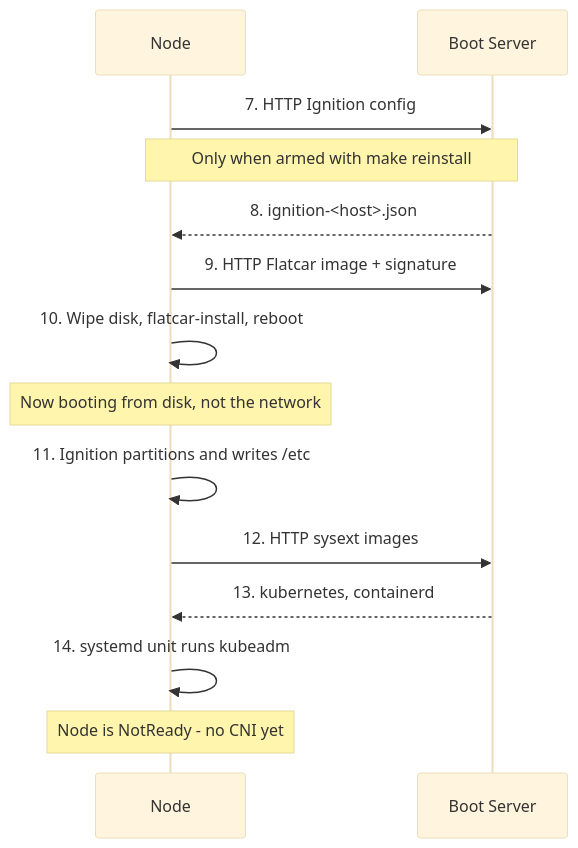
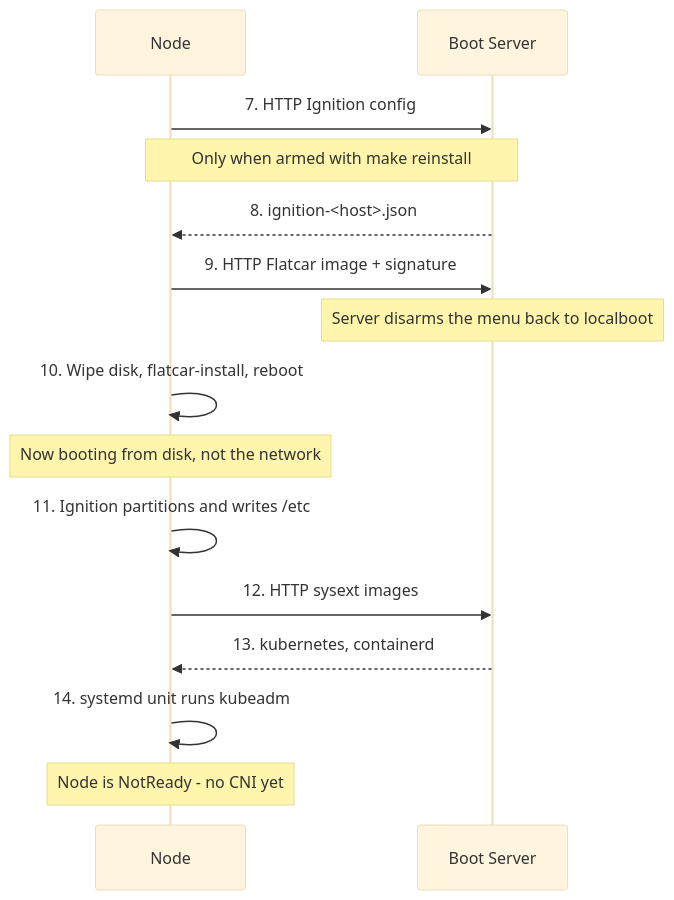
Before and after one commit to JanWelker/homelab: the second of 3 diagrams in docs/architecture/boot-process.md, drawn with Mermaid (base theme). The commit also changed other lines of this file and 4 other files, not shown here.

````diff
--- a/docs/architecture/boot-process.md
+++ b/docs/architecture/boot-process.md
@@ -60,17 +60,18 @@
 ```mermaid
 sequenceDiagram
     participant Node
     participant Server as Boot Server
 
     Node->>Server: 7. HTTP Ignition config
     Note over Node,Server: Only when armed with make reinstall
     Server-->>Node: 8. ignition-<host>.json
     Node->>Server: 9. HTTP Flatcar image + signature
+    Note over Server: Server disarms the menu back to localboot
     Node->>Node: 10. Wipe disk, flatcar-install, reboot
     Note over Node: Now booting from disk, not the network
     Node->>Node: 11. Ignition partitions and writes /etc
     Node->>Server: 12. HTTP sysext images
     Server-->>Node: 13. kubernetes, containerd
     Node->>Node: 14. systemd unit runs kubeadm
     Note over Node: Node is NotReady - no CNI yet
 ```
````
